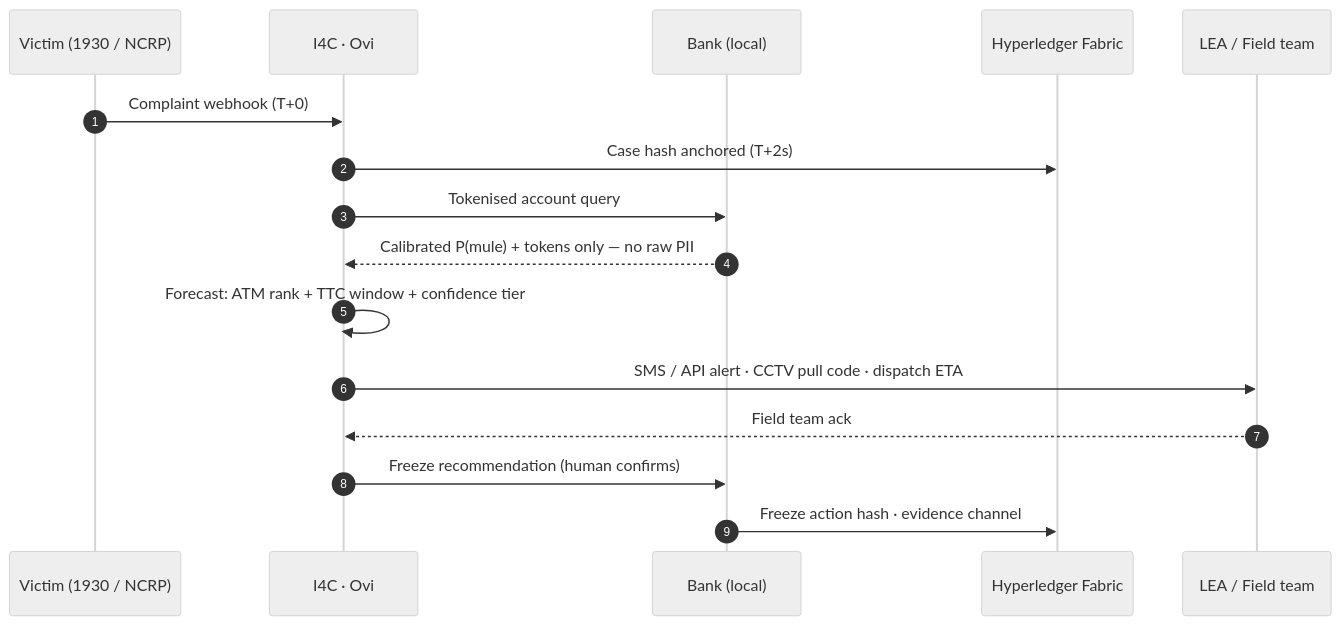
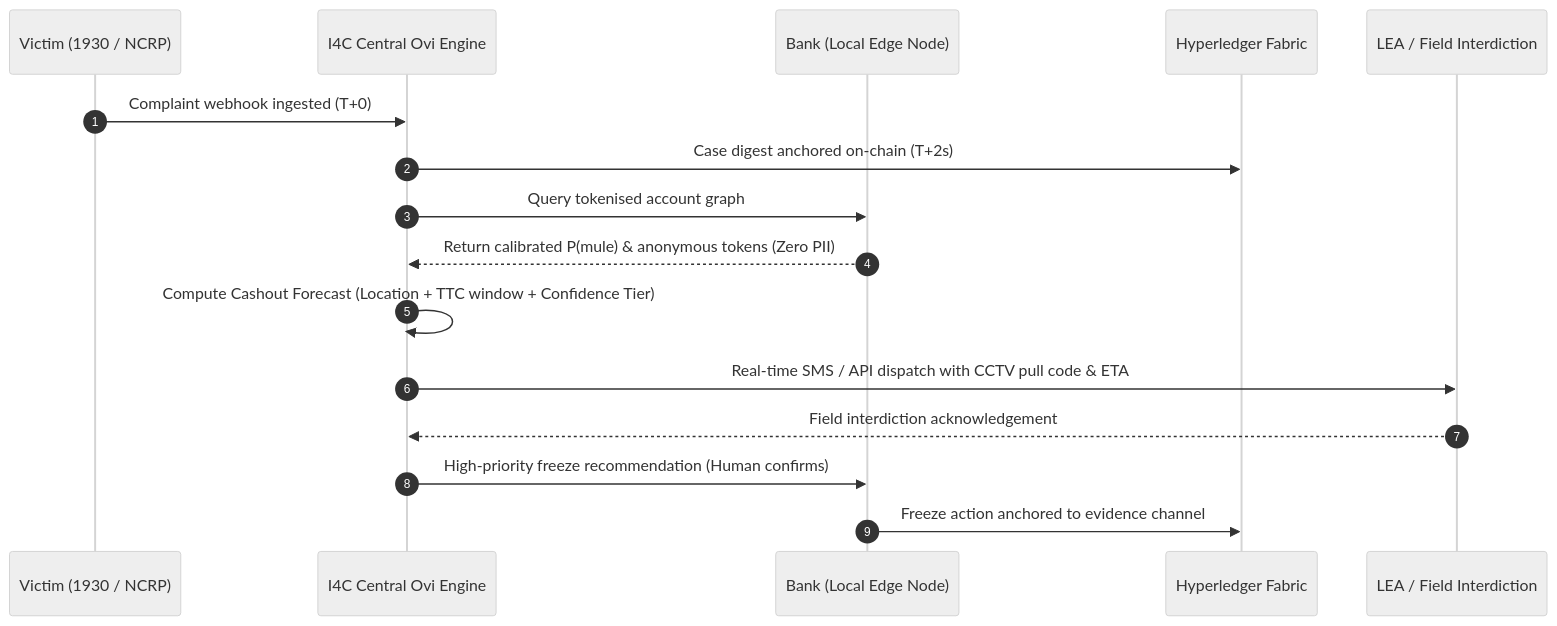
One commit to Pranav-Pardeshii/Ovi-V3 changed the second of 7 diagrams in README.md. Above: the diagram before and after it, drawn with Mermaid (neutral theme). The commit also changed other lines of this file, not shown here.

````diff
--- a/README.md
+++ b/README.md
@@ -114,18 +134,18 @@
 ```mermaid
 sequenceDiagram
     autonumber
     participant V as Victim (1930 / NCRP)
-    participant I as I4C · Ovi
-    participant B as Bank (local)
+    participant I as I4C Central Ovi Engine
+    participant B as Bank (Local Edge Node)
     participant F as Hyperledger Fabric
-    participant L as LEA / Field team
-    V->>I: Complaint webhook (T+0)
-    I->>F: Case hash anchored (T+2s)
-    I->>B: Tokenised account query
-    B-->>I: Calibrated P(mule) + tokens only — no raw PII
-    I->>I: Forecast: ATM rank + TTC window + confidence tier
-    I->>L: SMS / API alert · CCTV pull code · dispatch ETA
-    L-->>I: Field team ack
-    I->>B: Freeze recommendation (human confirms)
-    B->>F: Freeze action hash · evidence channel
+    participant L as LEA / Field Interdiction
+    V->>I: Complaint webhook ingested (T+0)
+    I->>F: Case digest anchored on-chain (T+2s)
+    I->>B: Query tokenised account graph
+    B-->>I: Return calibrated P(mule) & anonymous tokens (Zero PII)
+    I->>I: Compute Cashout Forecast (Location + TTC window + Confidence Tier)
+    I->>L: Real-time SMS / API dispatch with CCTV pull code & ETA
+    L-->>I: Field interdiction acknowledgement
+    I->>B: High-priority freeze recommendation (Human confirms)
+    B->>F: Freeze action anchored to evidence channel
 ```
````
